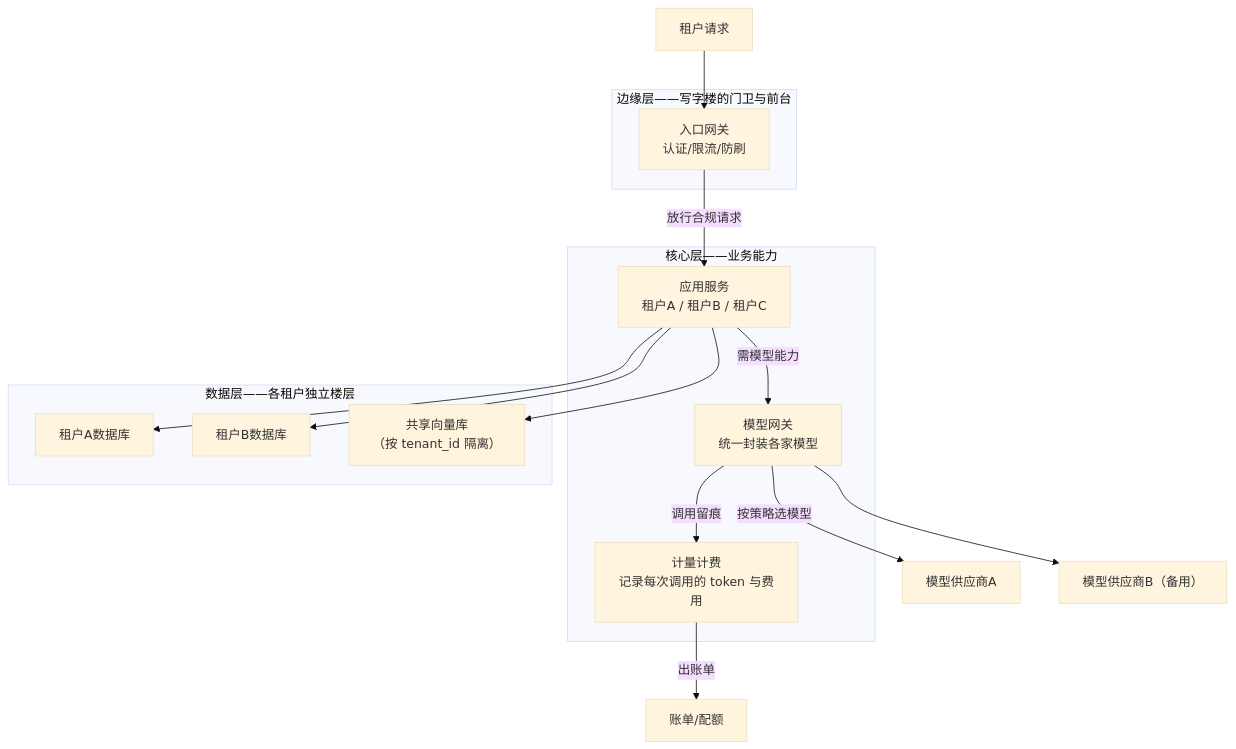
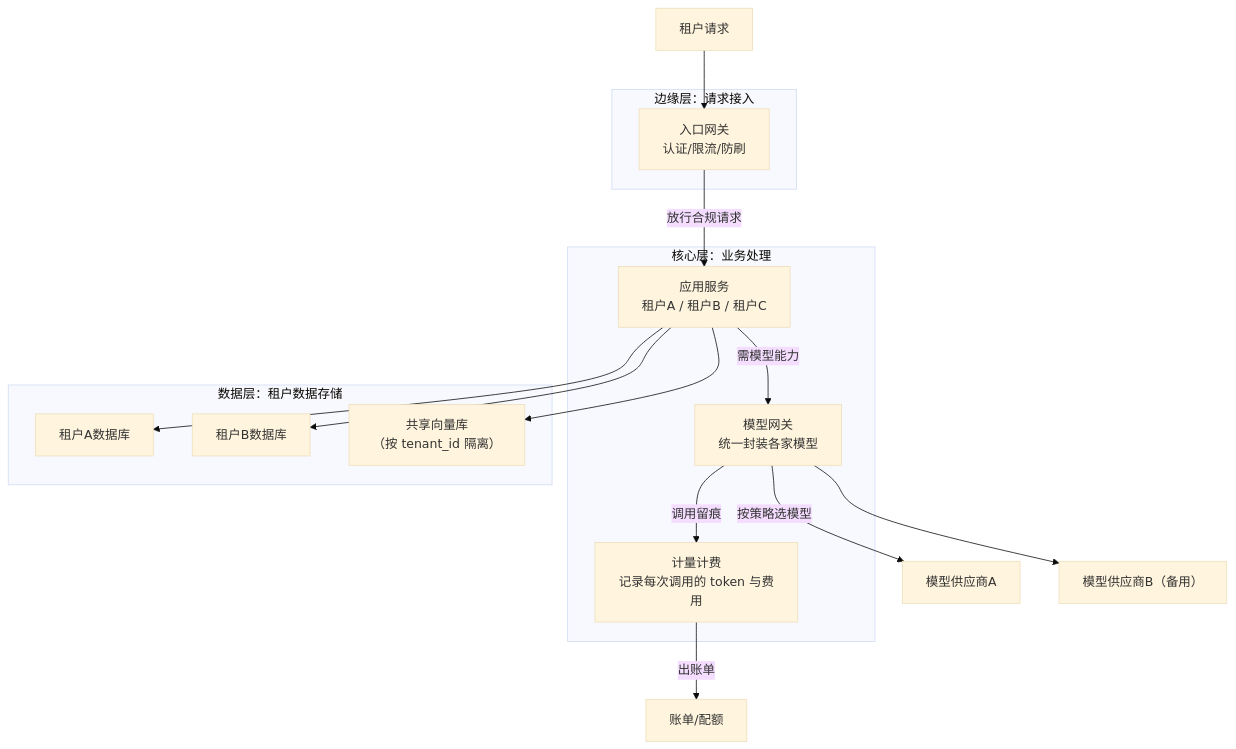
The diagram in 13.AI系统架构设计/第05课_AI_SaaS架构/第05课.md (xxxAndlk/AI_Agent_Learning_path), drawn with Mermaid (base theme) before and after one commit. The commit also changed other lines of this file and 13 other files, not shown here.

````diff
--- a/13.AI系统架构设计/第05课_AI_SaaS架构/第05课.md
+++ b/13.AI系统架构设计/第05课_AI_SaaS架构/第05课.md
@@ -11,24 +11,24 @@
 ```mermaid
 flowchart TD
-    subgraph EDGE["边缘层——写字楼的门卫与前台"]
+    subgraph EDGE["边缘层：请求接入"]
         CDN["入口网关<br/>认证/限流/防刷"]
     end
-    subgraph CORE["核心层——业务能力"]
+    subgraph CORE["核心层：业务处理"]
         APP["应用服务<br/>租户A / 租户B / 租户C"]
         GW["模型网关<br/>统一封装各家模型"]
         METER["计量计费<br/>记录每次调用的 token 与费用"]
     end
-    subgraph DATA["数据层——各租户独立楼层"]
+    subgraph DATA["数据层：租户数据存储"]
         DB1["租户A数据库"]
         DB2["租户B数据库"]
         VDB["共享向量库<br/>（按 tenant_id 隔离）"]
     end
     TEN["租户请求"] --> CDN
     CDN -->|"放行合规请求"| APP
     APP -->|"需模型能力"| GW
     GW -->|"按策略选模型"| LLM1["模型供应商A"]
     GW --> LLM2["模型供应商B（备用）"]
     APP --> DB1 & DB2 & VDB
     GW -->|"调用留痕"| METER
     METER -->|"出账单"| BILL["账单/配额"]
 ```
````
